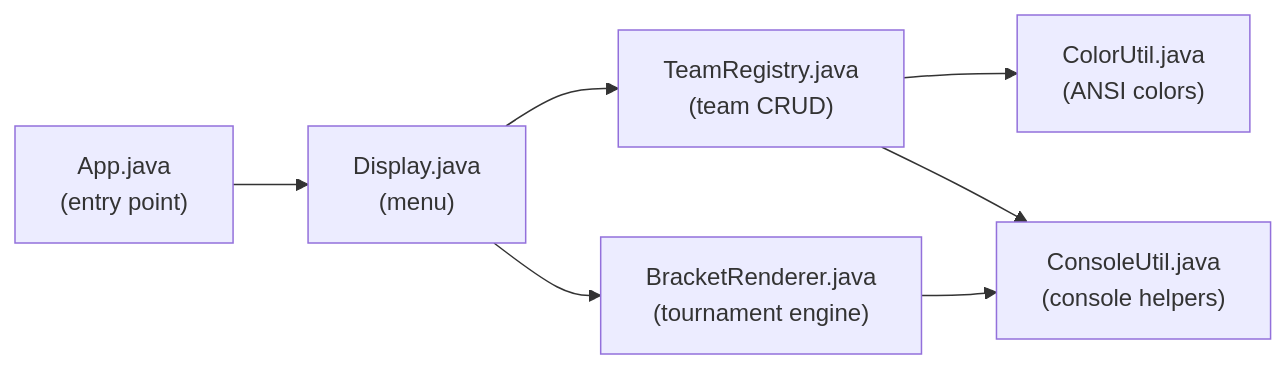
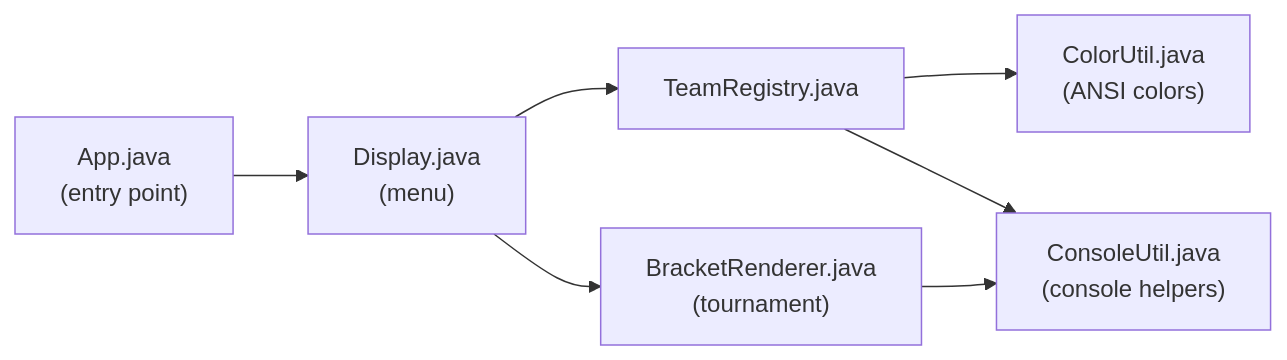
The diagram in README.md (itspanha01/Football-Tournament-Creator), drawn with Mermaid before and after one commit. The commit also changed other lines of this file, not shown here.

Commit message:
Adjusted Readme

````diff
--- a/README.md
+++ b/README.md
@@ -116,9 +116,9 @@
 ```mermaid
 flowchart LR
     App["App.java<br/>(entry point)"] --> Display["Display.java<br/>(menu)"]
-    Display --> TeamRegistry["TeamRegistry.java<br/>(team CRUD)"]
-    Display --> BracketRenderer["BracketRenderer.java<br/>(tournament engine)"]
+    Display --> TeamRegistry["TeamRegistry.java<br/>"]
+    Display --> BracketRenderer["BracketRenderer.java<br/>(tournament)"]
     TeamRegistry --> ColorUtil["ColorUtil.java<br/>(ANSI colors)"]
     TeamRegistry --> ConsoleUtil["ConsoleUtil.java<br/>(console helpers)"]
     BracketRenderer --> ConsoleUtil
 ```
````
